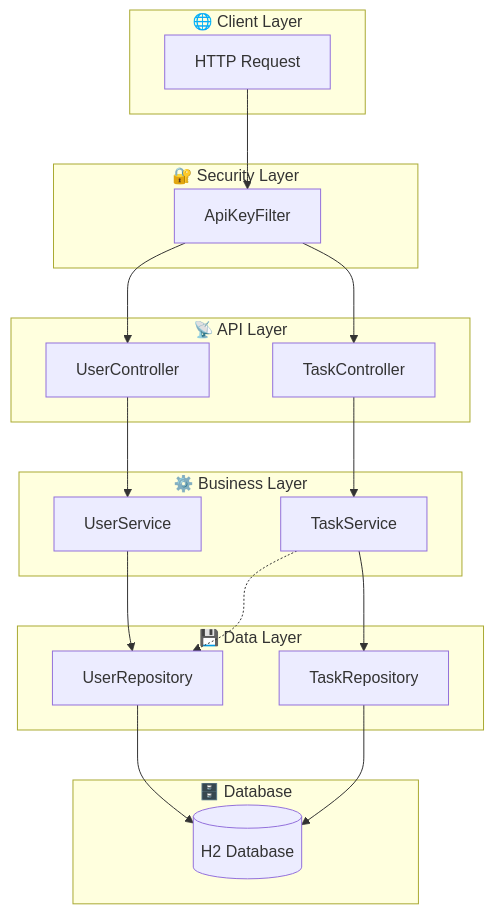
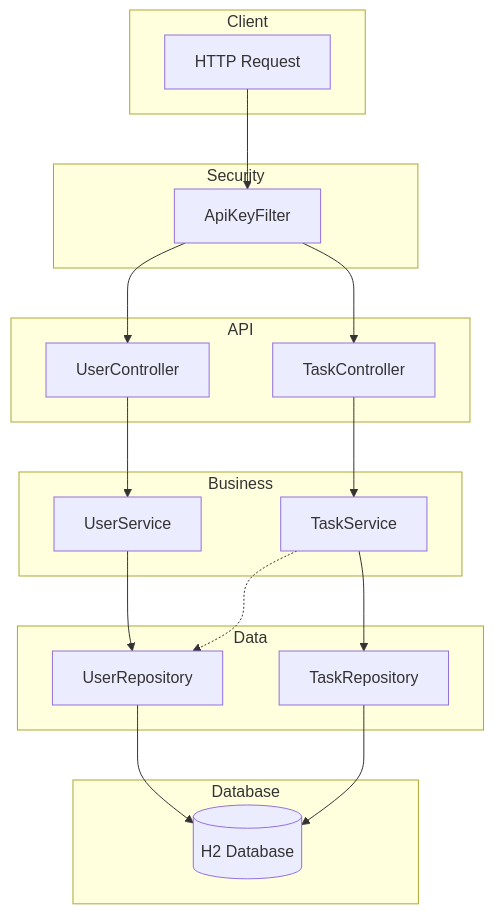
One commit to berserk3142-max/REST-API-for-a-Task-Management-system changed the first of 8 diagrams in README.md. Above: the diagram before and after it, drawn with Mermaid. The commit also changed other lines of this file, not shown here.

````diff
--- a/README.md
+++ b/README.md
@@ -39,40 +39,40 @@
 ```mermaid
 flowchart TB
-    subgraph Client["🌐 Client Layer"]
-        HTTP["HTTP Request"]
+    subgraph Client
+        HTTP[HTTP Request]
     end
 
-    subgraph Security["🔐 Security Layer"]
-        Filter["ApiKeyFilter"]
+    subgraph Security
+        Filter[ApiKeyFilter]
     end
 
-    subgraph API["📡 API Layer"]
-        UC["UserController"]
-        TC["TaskController"]
+    subgraph API
+        UC[UserController]
+        TC[TaskController]
     end
 
-    subgraph Business["⚙️ Business Layer"]
-        US["UserService"]
-        TS["TaskService"]
+    subgraph Business
+        US[UserService]
+        TS[TaskService]
     end
 
-    subgraph Data["💾 Data Layer"]
-        UR["UserRepository"]
-        TR["TaskRepository"]
+    subgraph Data
+        UR[UserRepository]
+        TR[TaskRepository]
     end
 
-    subgraph Database["🗄️ Database"]
-        DB[("H2 Database")]
+    subgraph Database
+        DB[(H2 Database)]
     end
 
     HTTP --> Filter
     Filter --> UC
     Filter --> TC
     UC --> US
     TC --> TS
     US --> UR
     TS --> TR
     TS -.-> UR
     UR --> DB
     TR --> DB
 ```
````
